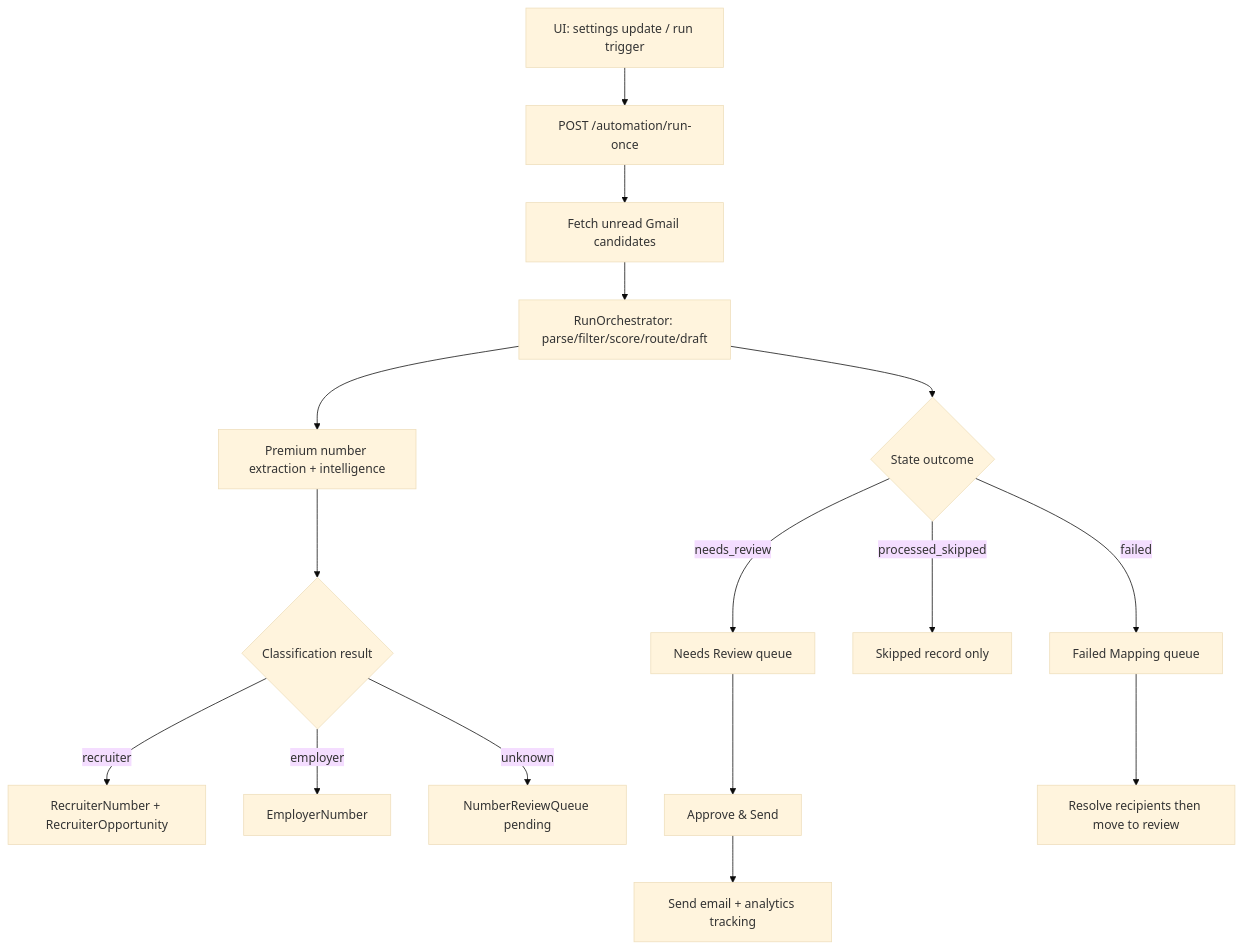
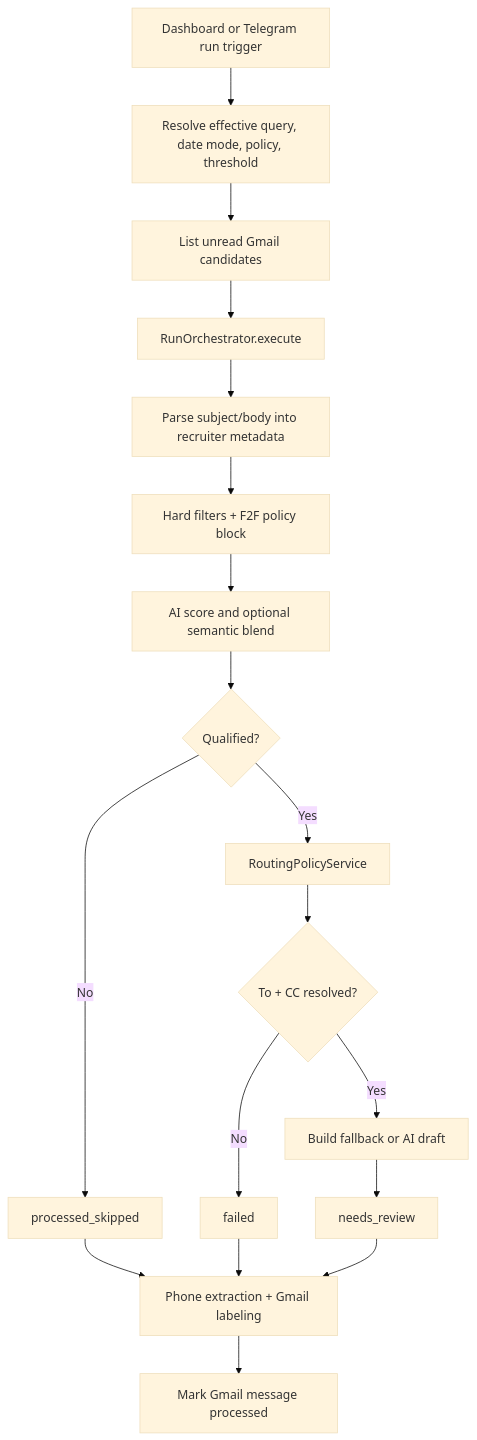
Before and after one commit to chaitanyadheeraj98/CODEJOB: the first of 2 diagrams in docs/architecture.md, drawn with Mermaid (base theme). The commit also changed other lines of this file and 8 other files, not shown here.

````diff
--- a/docs/architecture.md
+++ b/docs/architecture.md
@@ -68,18 +59,20 @@
 ```mermaid
 flowchart TD
-    A[UI: settings update / run trigger] --> B[POST /automation/run-once]
-    B --> C[Fetch unread Gmail candidates]
-    C --> D[RunOrchestrator: parse/filter/score/route/draft]
-    D --> E{State outcome}
-    E -->|needs_review| F[Needs Review queue]
-    E -->|failed| G[Failed Mapping queue]
-    E -->|processed_skipped| H[Skipped record only]
-    D --> I[Premium number extraction + intelligence]
-    I --> J{Classification result}
-    J -->|recruiter| K[RecruiterNumber + RecruiterOpportunity]
-    J -->|employer| L[EmployerNumber]
-    J -->|unknown| M[NumberReviewQueue pending]
-    F --> N[Approve & Send]
-    G --> O[Resolve recipients then move to review]
-    N --> P[Send email + analytics tracking]
+    A[Dashboard or Telegram run trigger] --> B[Resolve effective query, date mode, policy, threshold]
+    B --> C[List unread Gmail candidates]
+    C --> D[RunOrchestrator.execute]
+    D --> E[Parse subject/body into recruiter metadata]
+    E --> F[Hard filters + F2F policy block]
+    F --> G[AI score and optional semantic blend]
+    G --> H{Qualified?}
+    H -->|No| I[processed_skipped]
+    H -->|Yes| J[RoutingPolicyService]
+    J --> K{To + CC resolved?}
+    K -->|No| L[failed]
+    K -->|Yes| M[Build fallback or AI draft]
+    M --> N[needs_review]
+    I --> O[Phone extraction + Gmail labeling]
+    L --> O
+    N --> O
+    O --> P[Mark Gmail message processed]
 ```
````
